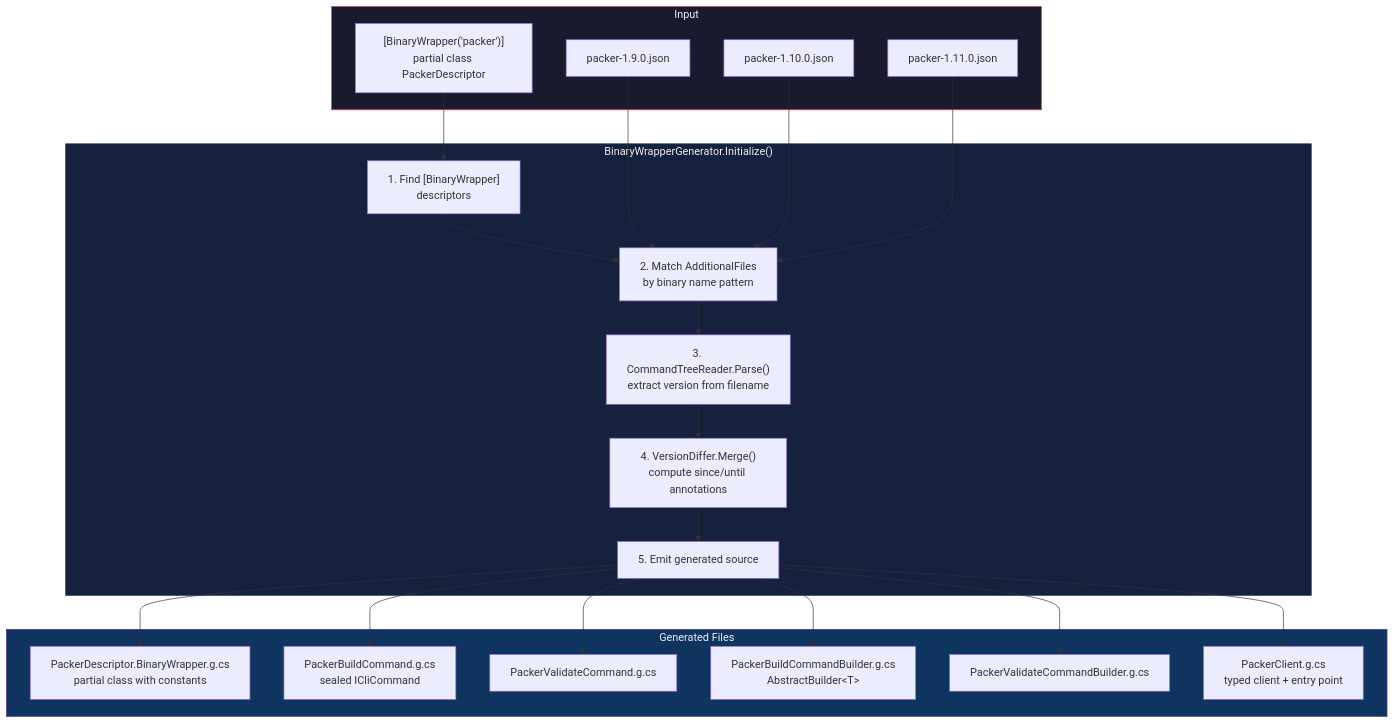
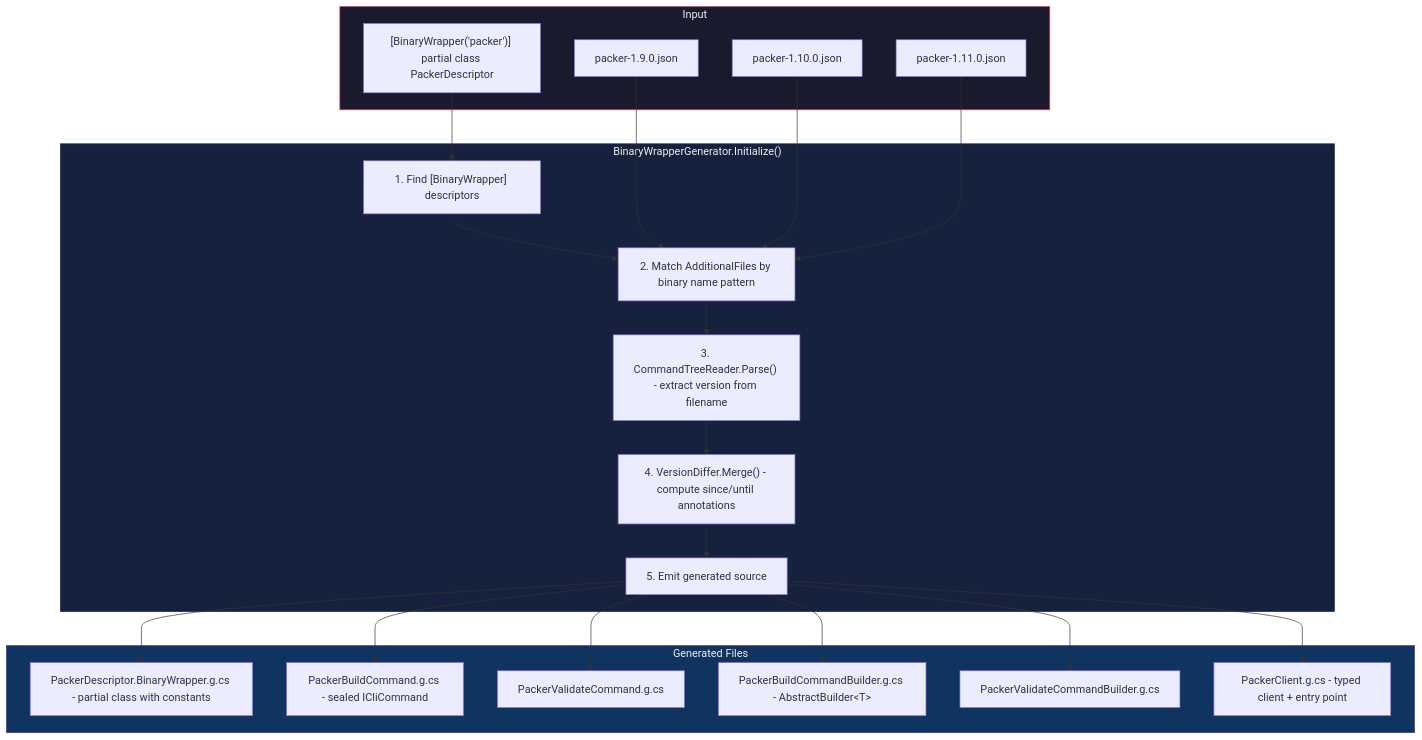
Before and after one commit to FrenchExDev/FrenchExDev: the seventh of 14 diagrams in Net/FrenchExDev/BinaryWrapper/doc/ARCHITECTURE.md, drawn with Mermaid. The commit also changed other lines of this file and 2 other files, not shown here.

Commit message:
fix: mermaid markdown

````diff
--- a/Net/FrenchExDev/BinaryWrapper/doc/ARCHITECTURE.md
+++ b/Net/FrenchExDev/BinaryWrapper/doc/ARCHITECTURE.md
@@ -443,43 +443,43 @@
 ```mermaid
 flowchart TD
     subgraph Input
-        DESC["[BinaryWrapper('packer')]<br>partial class PackerDescriptor"]
+        DESC["[BinaryWrapper('packer')] partial class PackerDescriptor"]
         AF1["packer-1.9.0.json"]
         AF2["packer-1.10.0.json"]
         AF3["packer-1.11.0.json"]
     end
 
     subgraph Generator["BinaryWrapperGenerator.Initialize()"]
-        S1["1. Find [BinaryWrapper]<br>descriptors"]
-        S2["2. Match AdditionalFiles<br>by binary name pattern"]
-        S3["3. CommandTreeReader.Parse()<br>extract version from filename"]
-        S4["4. VersionDiffer.Merge()<br>compute since/until annotations"]
+        S1["1. Find [BinaryWrapper] descriptors"]
+        S2["2. Match AdditionalFiles by binary name pattern"]
+        S3["3. CommandTreeReader.Parse() - extract version from filename"]
+        S4["4. VersionDiffer.Merge() - compute since/until annotations"]
         S5["5. Emit generated source"]
 
         S1 --> S2 --> S3 --> S4 --> S5
     end
 
     subgraph Output["Generated Files"]
-        M["PackerDescriptor.BinaryWrapper.g.cs<br>partial class with constants"]
-        C1["PackerBuildCommand.g.cs<br>sealed ICliCommand"]
+        M["PackerDescriptor.BinaryWrapper.g.cs - partial class with constants"]
+        C1["PackerBuildCommand.g.cs - sealed ICliCommand"]
         C2["PackerValidateCommand.g.cs"]
-        B1["PackerBuildCommandBuilder.g.cs<br>AbstractBuilder#lt;T#gt;"]
+        B1["PackerBuildCommandBuilder.g.cs - AbstractBuilder#lt;T#gt;"]
         B2["PackerValidateCommandBuilder.g.cs"]
-        CL["PackerClient.g.cs<br>typed client + entry point"]
+        CL["PackerClient.g.cs - typed client + entry point"]
     end
 
     DESC --> S1
     AF1 --> S2
     AF2 --> S2
     AF3 --> S2
     S5 --> M
     S5 --> C1
     S5 --> C2
     S5 --> B1
     S5 --> B2
     S5 --> CL
 
     style Input fill:#1a1a2e,stroke:#e94560,color:#eee
     style Generator fill:#16213e,stroke:#0f3460,color:#eee
     style Output fill:#0f3460,stroke:#533483,color:#eee
 ```
````
